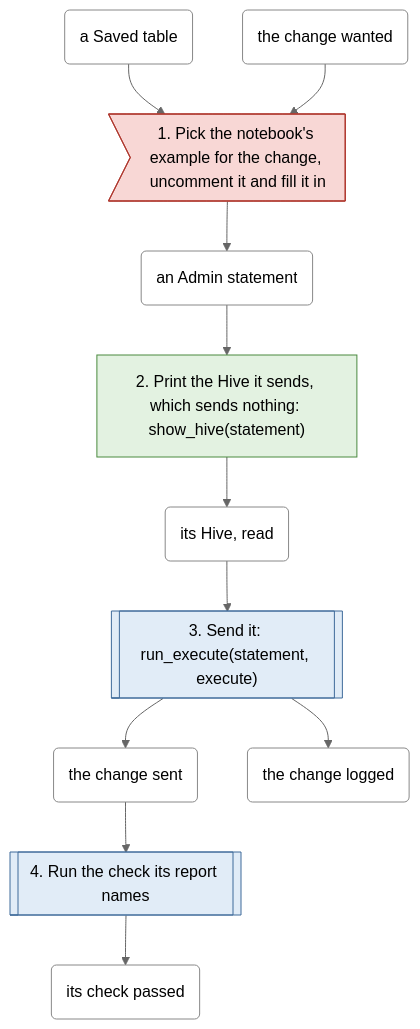
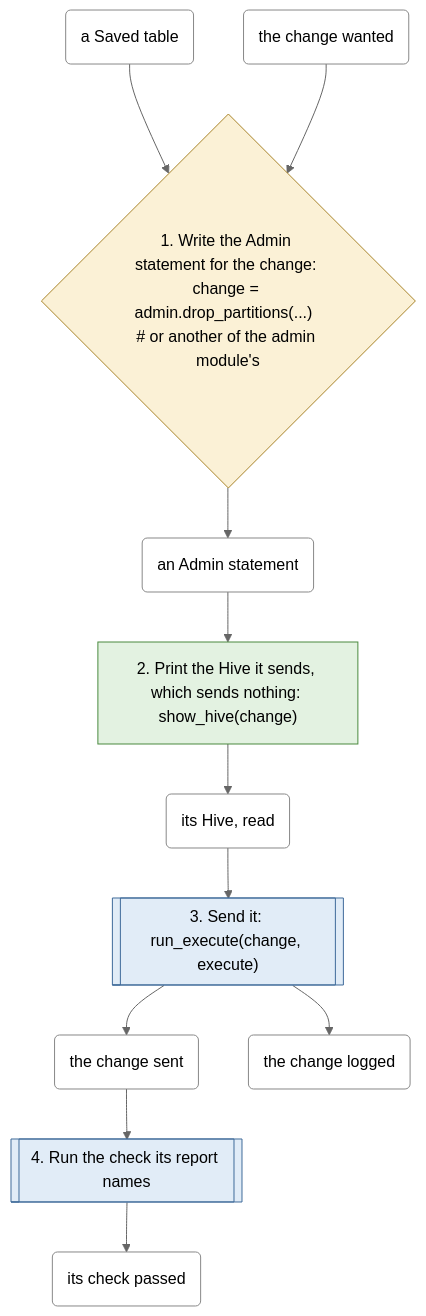
The sixth of 6 diagrams in docs/workflows.md (EdgyPage/SQL-Composer), drawn with Mermaid (neutral theme) before and after one commit. The commit also changed other lines of this file and 182 other files, not shown here.

First line of the commit message:
feat(8.0): the admin layout, a notebook per Workflow, check's next steps and do_next, D315

````diff
--- a/docs/workflows.md
+++ b/docs/workflows.md
@@ -359,40 +335,40 @@
 ```mermaid
 flowchart TD
-    s0>"1. Pick the notebook's example for the change, uncomment it and fill it in"]
-    class s0 fiddling
+    s0{"1. Write the Admin statement for the change: change = admin.drop_partitions(...)  #35; or another of the admin module's"}
+    class s0 decision
     t0 --> s0
     t1 --> s0
     s0 --> t2
-    s1["2. Print the Hive it sends, which sends nothing: show_hive(statement)"]
+    s1["2. Print the Hive it sends, which sends nothing: show_hive(change)"]
     class s1 file
     t2 --> s1
     s1 --> t3
-    s2[["3. Send it: run_execute(statement, execute)"]]
+    s2[["3. Send it: run_execute(change, execute)"]]
     class s2 permission
     t3 --> s2
     s2 --> t4
     s2 --> t5
     s3[["4. Run the check its report names"]]
     class s3 permission
     t4 --> s3
     s3 --> t6
     t0("a Saved table")
     class t0 thing
     t1("the change wanted")
     class t1 thing
     t2("an Admin statement")
     class t2 thing
     t3("its Hive, read")
     class t3 thing
     t4("the change sent")
     class t4 thing
     t5("the change logged")
     class t5 thing
     t6("its check passed")
     class t6 thing
     classDef file fill:#e3f2e1,stroke:#4a8a3f
     classDef permission fill:#e1ecf7,stroke:#3f6a9a
     classDef decision fill:#fbf1d6,stroke:#a8842a
     classDef fiddling fill:#f8d7d5,stroke:#b03a30
     classDef thing fill:#ffffff,stroke:#888888
 ```
````
